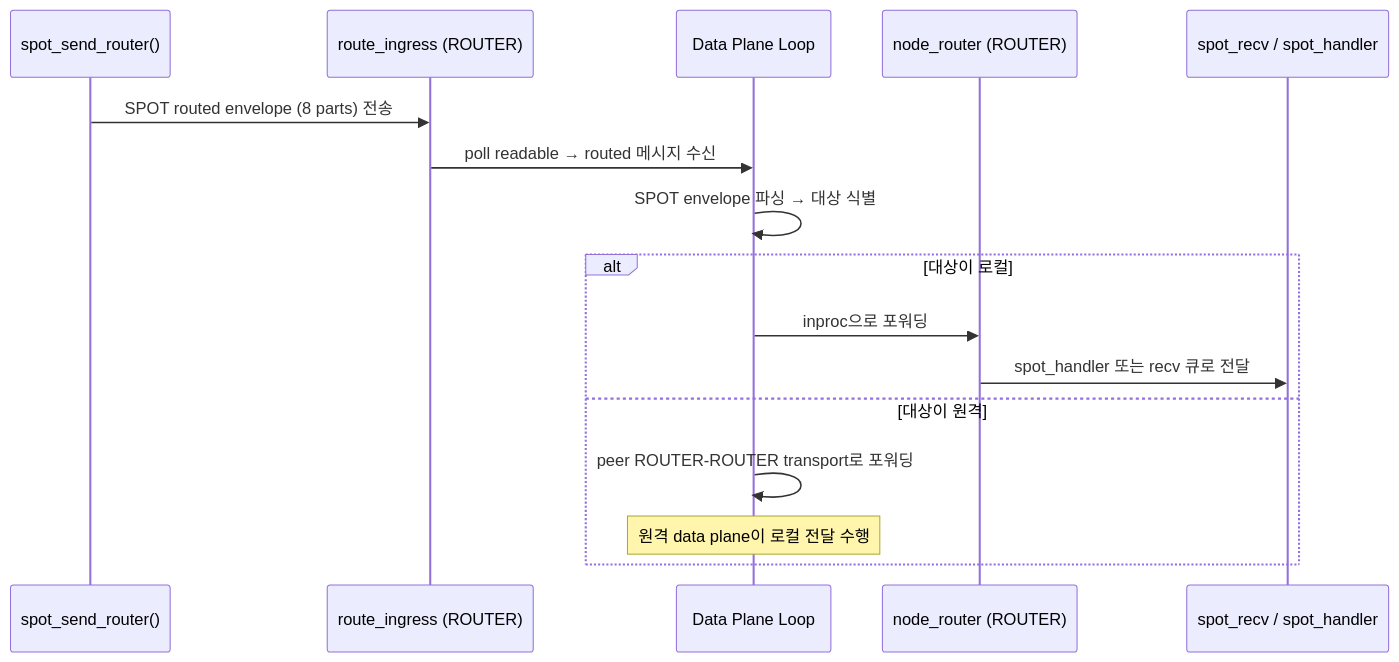
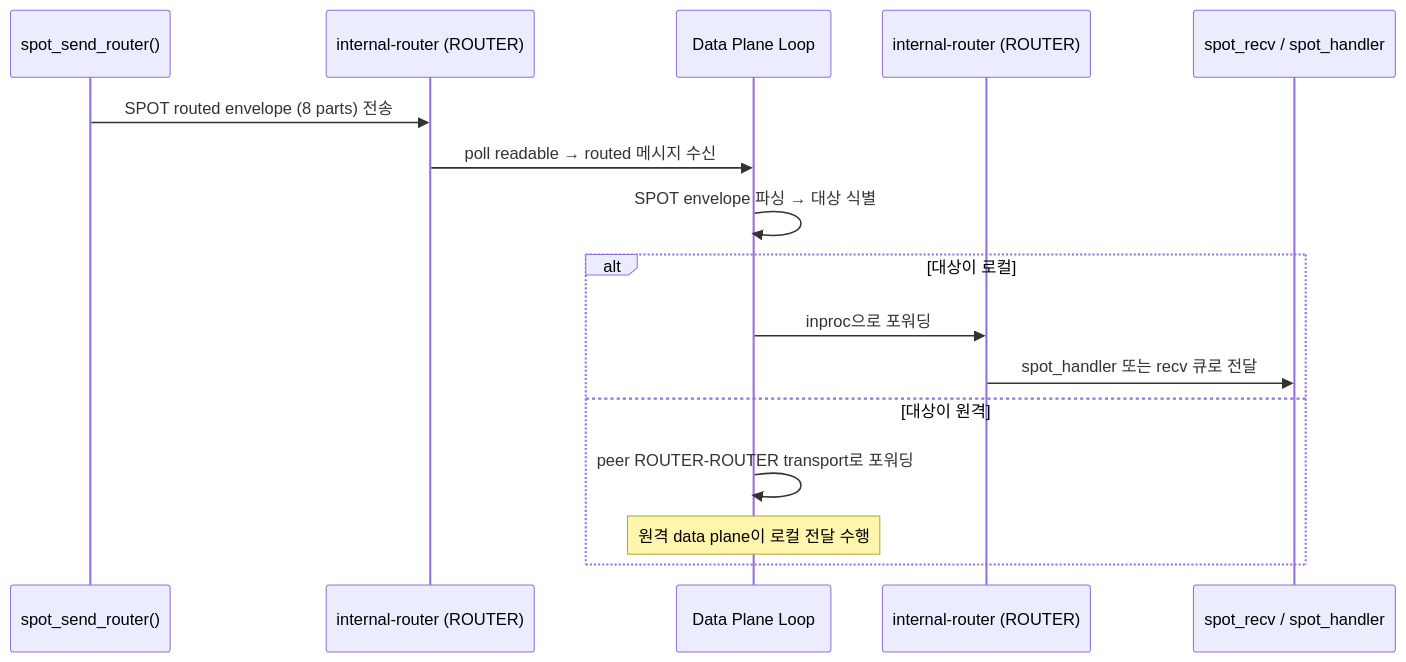
One commit to kairos-code-dev/zlink changed the sixth of 14 diagrams in doc/internals/services-internals.ko.md. Above: the diagram before and after it, drawn with Mermaid. The commit also changed other lines of this file and 117 other files, not shown here.

````diff
--- a/doc/internals/services-internals.ko.md
+++ b/doc/internals/services-internals.ko.md
@@ -358,19 +358,19 @@
 ```mermaid
 sequenceDiagram
     participant Sender as spot_send_router()
-    participant RouteIn as route_ingress (ROUTER)
+    participant RouteIn as internal-router (ROUTER)
     participant DP as Data Plane Loop
-    participant NodeRouter as node_router (ROUTER)
+    participant NodeRouter as internal-router (ROUTER)
     participant Receiver as spot_recv / spot_handler
 
     Sender->>RouteIn: SPOT routed envelope (8 parts) 전송
     RouteIn->>DP: poll readable → routed 메시지 수신
     DP->>DP: SPOT envelope 파싱 → 대상 식별
     alt 대상이 로컬
         DP->>NodeRouter: inproc으로 포워딩
         NodeRouter->>Receiver: spot_handler 또는 recv 큐로 전달
     else 대상이 원격
         DP->>DP: peer ROUTER-ROUTER transport로 포워딩
         Note over DP: 원격 data plane이 로컬 전달 수행
     end
 ```
````
